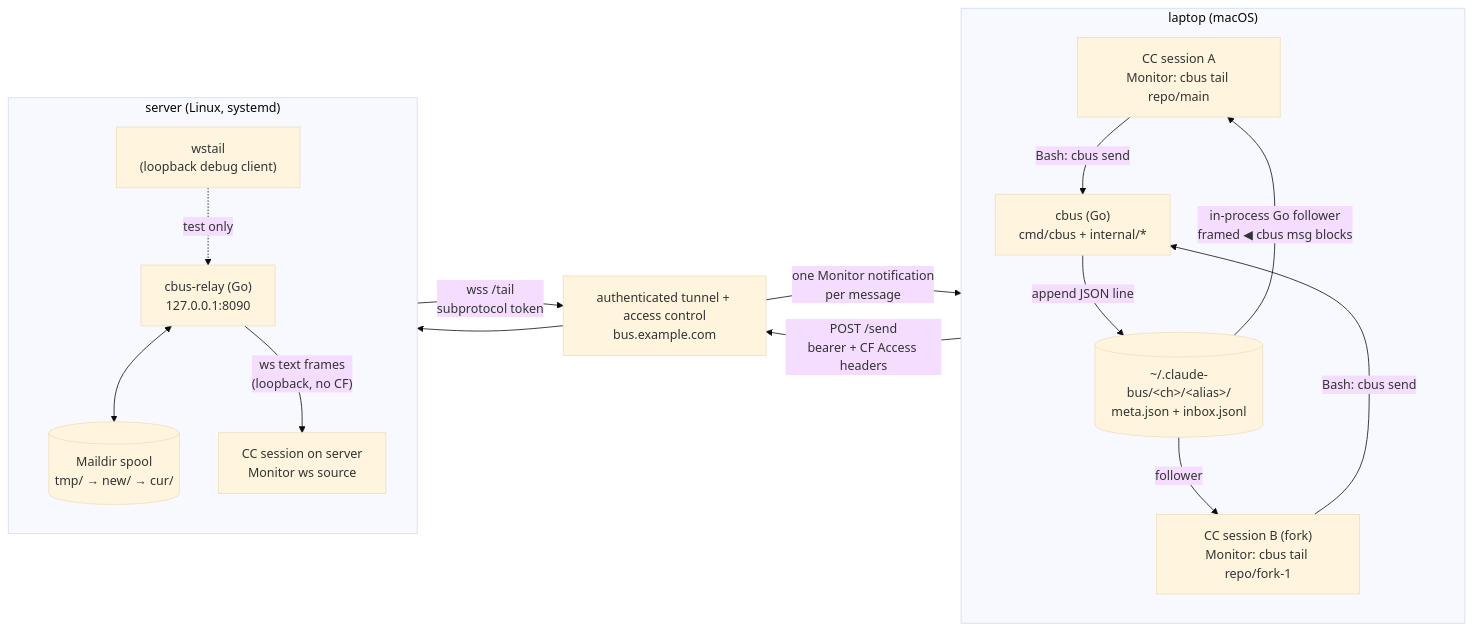
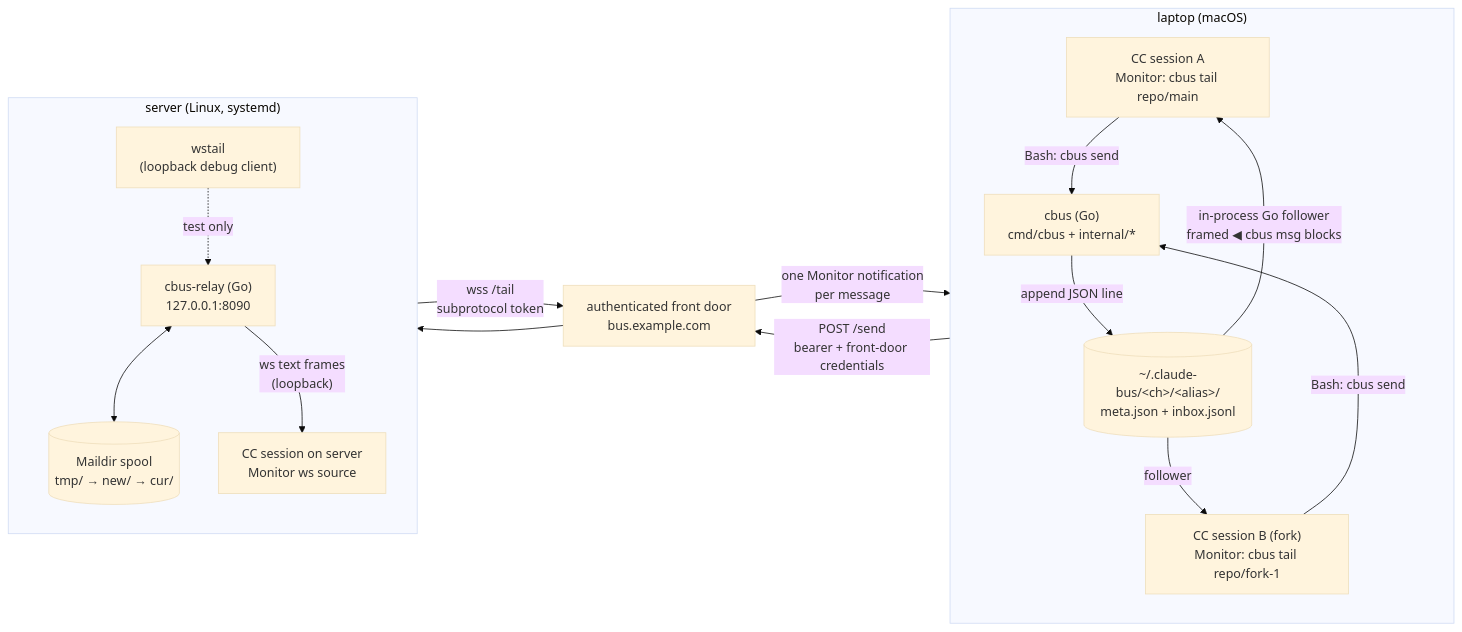
One commit to cumanzor/claudebus changed the first of 2 diagrams in docs/history/legacy/overview.md. Above: the diagram before and after it, drawn with Mermaid (base theme). The commit also changed other lines of this file and 5 other files, not shown here.

````diff
--- a/docs/history/legacy/overview.md
+++ b/docs/history/legacy/overview.md
@@ -129,33 +129,33 @@
 ```mermaid
 flowchart LR
     subgraph laptop["laptop (macOS)"]
         direction TB
         sessA["CC session A<br/>Monitor: cbus tail repo/main"]
         sessB["CC session B (fork)<br/>Monitor: cbus tail repo/fork-1"]
         cli["cbus (Go)<br/>cmd/cbus + internal/*"]
         bus[("~/.claude-bus/&lt;ch&gt;/&lt;alias&gt;/<br/>meta.json + inbox.jsonl")]
         sessA -->|"Bash: cbus send"| cli
         sessB -->|"Bash: cbus send"| cli
         cli -->|append JSON line| bus
         bus -->|"in-process Go follower<br/>framed ◀ cbus msg blocks"| sessA
         bus -->|follower| sessB
     end
 
-    cf["authenticated tunnel + access control<br/>bus.example.com"]
+    cf["authenticated front door<br/>bus.example.com"]
 
     subgraph server["server (Linux, systemd)"]
         direction TB
         relay["cbus-relay (Go)<br/>127.0.0.1:8090"]
         spool[("Maildir spool<br/>tmp/ → new/ → cur/")]
         serverSess["CC session on server<br/>Monitor ws source"]
         wstail["wstail<br/>(loopback debug client)"]
         relay <--> spool
-        relay -->|"ws text frames<br/>(loopback, no CF)"| serverSess
+        relay -->|"ws text frames<br/>(loopback)"| serverSess
         wstail -.->|test only| relay
     end
 
-    cli -->|"POST /send<br/>bearer + CF Access headers"| cf
+    cli -->|"POST /send<br/>bearer + front-door credentials"| cf
     cf --> relay
     relay -->|"wss /tail<br/>subprotocol token"| cf
     cf -->|"one Monitor notification<br/>per message"| sessA
 ```
````
